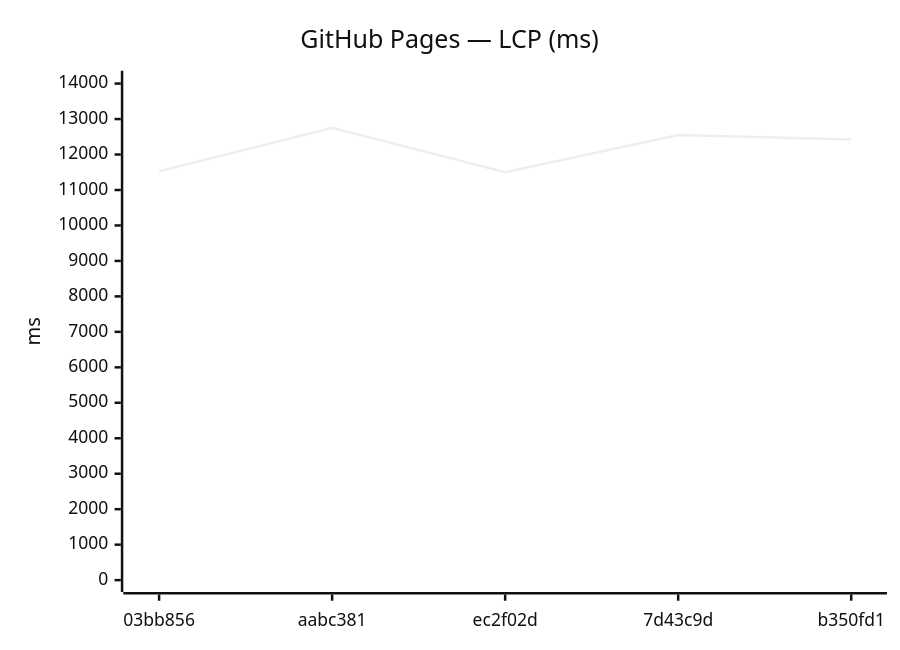
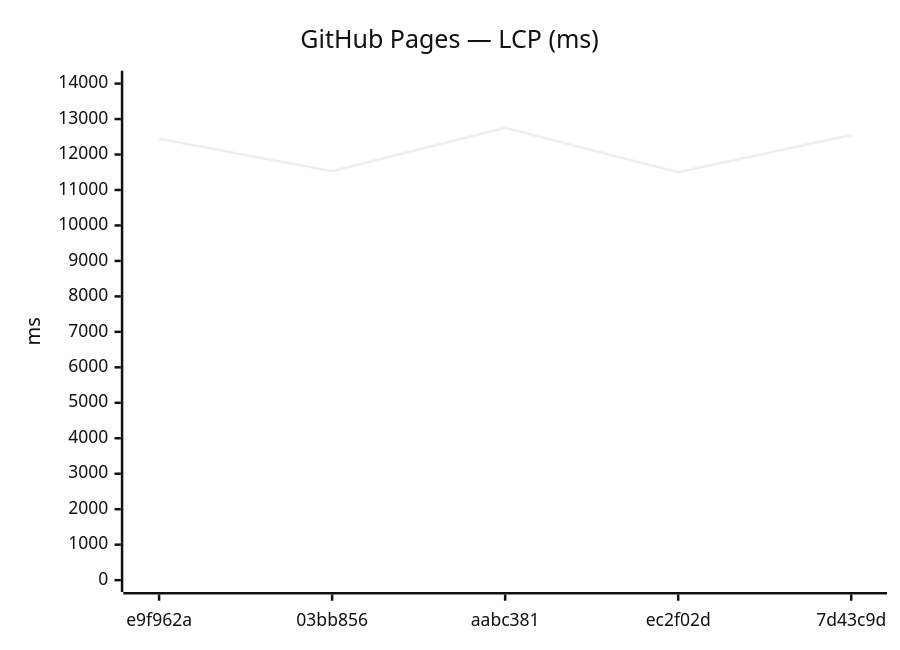
Before and after one commit to Metaheurist/Rianell: the ninth of 18 diagrams in benchmarks/compare.md, drawn with Mermaid (neutral theme). The commit also changed other lines of this file and 11 other files, not shown here.

````diff
--- a/benchmarks/compare.md
+++ b/benchmarks/compare.md
@@ -142,7 +142,7 @@
 ```mermaid
 xychart-beta
     title "GitHub Pages — LCP (ms)"
-    x-axis ["03bb856", "aabc381", "ec2f02d", "7d43c9d", "b350fd1"]
+    x-axis ["e9f962a", "03bb856", "aabc381", "ec2f02d", "7d43c9d"]
     y-axis "ms" 0 --> 14027
-    line [11529, 12751, 11500, 12552, 12421]
+    line [12444, 11529, 12751, 11500, 12552]
 ```
````
